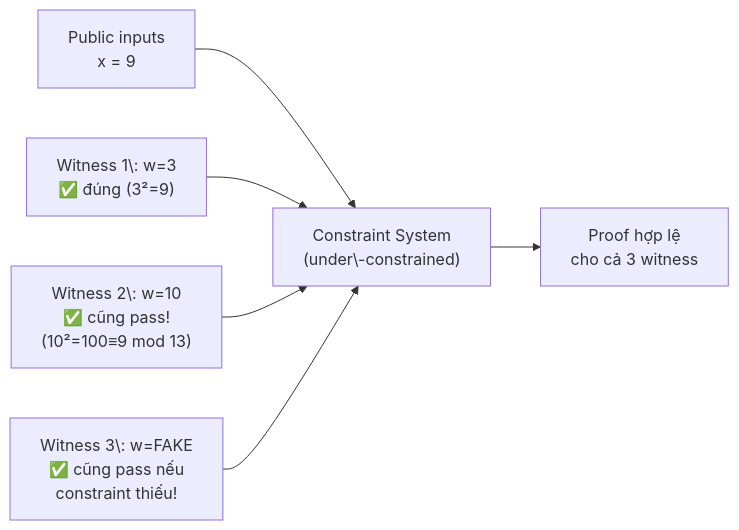
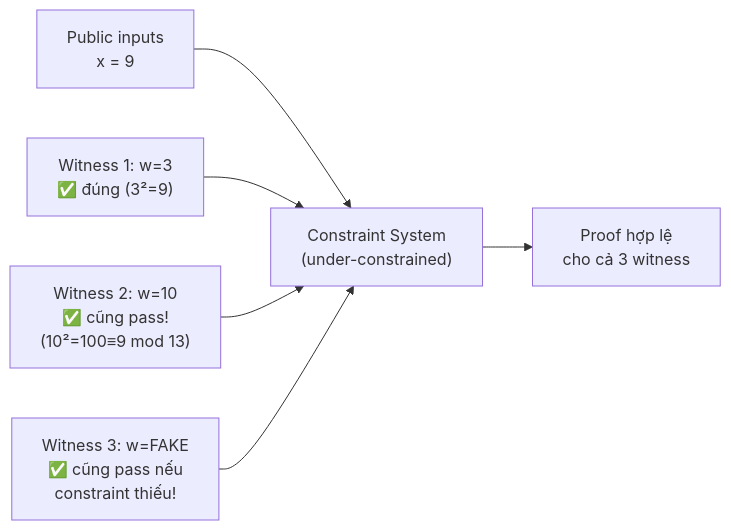
Before and after one commit to nhatminh65537/kitsu-quartz: the first of 3 diagrams in content/zkverify-series/arithmetic-circuits/11-under-constrained-circuits.md, drawn with Mermaid. The commit also changed other lines of this file and 127 other files, not shown here.

````diff
--- a/content/zkverify-series/arithmetic-circuits/11-under-constrained-circuits.md
+++ b/content/zkverify-series/arithmetic-circuits/11-under-constrained-circuits.md
@@ -32,8 +32,8 @@
 ```mermaid
 flowchart LR
-    PI["Public inputs<br>x = 9"] --> CS["Constraint System<br>(under\-constrained)"]
-    W1["Witness 1\: w=3<br>✅ đúng (3²=9)"] --> CS
-    W2["Witness 2\: w=10<br>✅ cũng pass!<br>(10²=100≡9 mod 13)"] --> CS
-    W3["Witness 3\: w=FAKE<br>✅ cũng pass nếu<br>constraint thiếu!"] --> CS
+    PI["Public inputs<br>x = 9"] --> CS["Constraint System<br>(under-constrained)"]
+    W1["Witness 1: w=3<br>✅ đúng (3²=9)"] --> CS
+    W2["Witness 2: w=10<br>✅ cũng pass!<br>(10²=100≡9 mod 13)"] --> CS
+    W3["Witness 3: w=FAKE<br>✅ cũng pass nếu<br>constraint thiếu!"] --> CS
     CS --> PROOF["Proof hợp lệ<br>cho cả 3 witness"]
 ```
````
